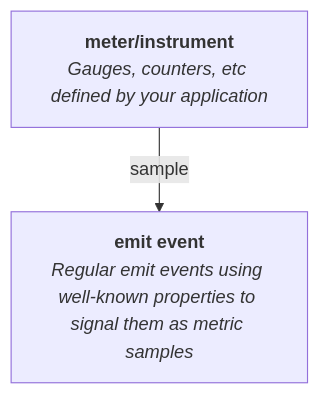
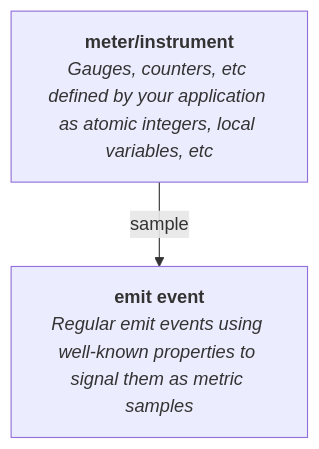
One commit to emit-rs/emit changed the diagram in book/src/producing-events/metrics.md. Above: the diagram before and after it, drawn with Mermaid. The commit also changed other lines of this file and 10 other files, not shown here.

````diff
--- a/book/src/producing-events/metrics.md
+++ b/book/src/producing-events/metrics.md
@@ -9,8 +7,8 @@
 ```mermaid
 flowchart
     meter["`**meter/instrument**
-    _Gauges, counters, etc defined by your application_`"] -- sample --> emit
+    _Gauges, counters, etc defined by your application as atomic integers, local variables, etc_`"] -- sample --> emit
     emit["`**emit event**
     _Regular emit events using well-known properties to signal them as metric samples_
     `"]
 ```
````
